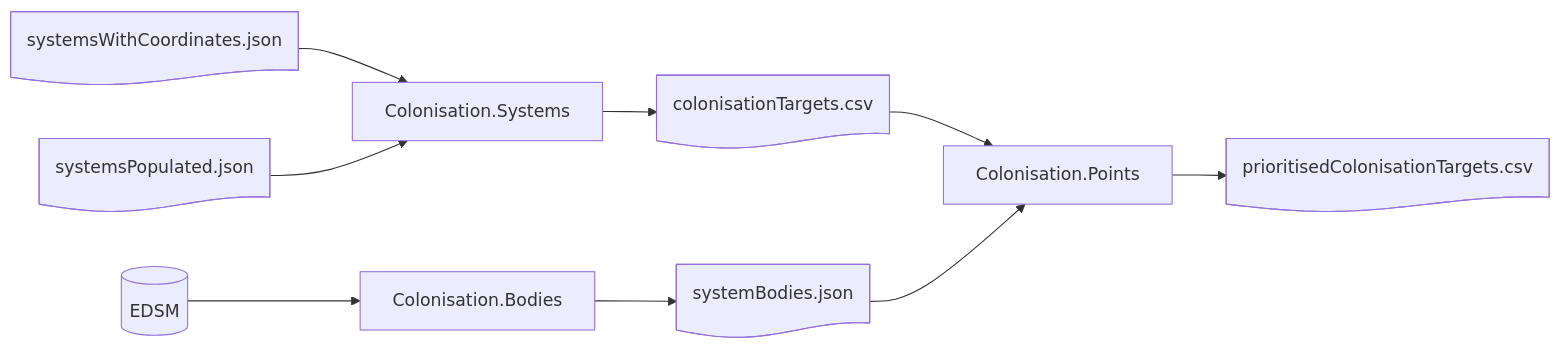
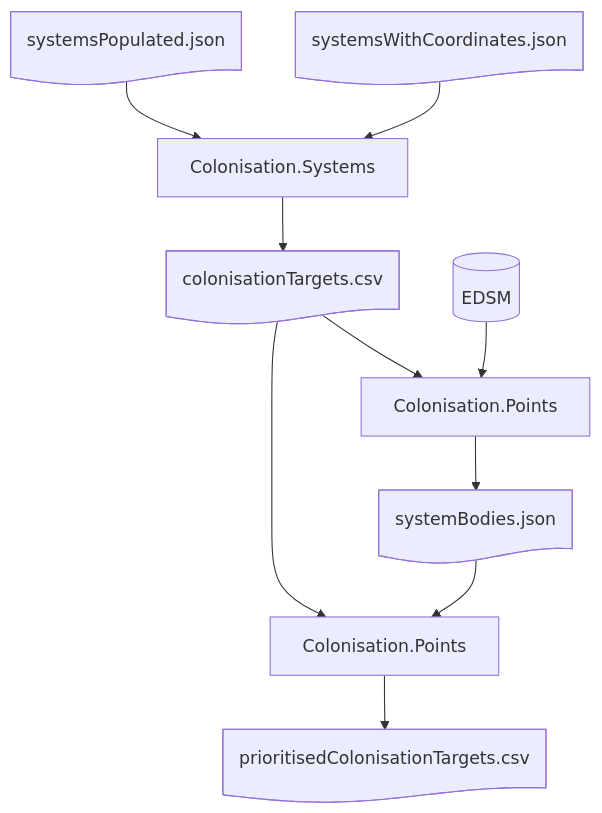
Before and after one commit to anthonylangsworth/Colonisation: the diagram in README.md, drawn with Mermaid.

Commit message:
Bodies also requires colonisation targets. Switch to top down.

````diff
--- a/README.md
+++ b/README.md
@@ -16,11 +16,12 @@
 ```mermaid
-flowchart LR
+flowchart TB
   swc@{ shape: doc, label: "systemsWithCoordinates.json"} --> cs["Colonisation.Systems"]
   sp@{ shape: doc, label: "systemsPopulated.json"} --> cs
   cs --> ct@{ shape: doc, label: "colonisationTargets.csv"}
   edsm@{ shape: cyl, label: "EDSM"} --> cb["Colonisation.Bodies"]
   cb --> sb@{ shape: doc, label: "systemBodies.json"}
+  ct --> cb["Colonisation.Points"]
   ct --> cp["Colonisation.Points"]
   sb --> cp
   cp --> pct@{ shape: doc, label: "prioritisedColonisationTargets.csv"}
 ```
````
